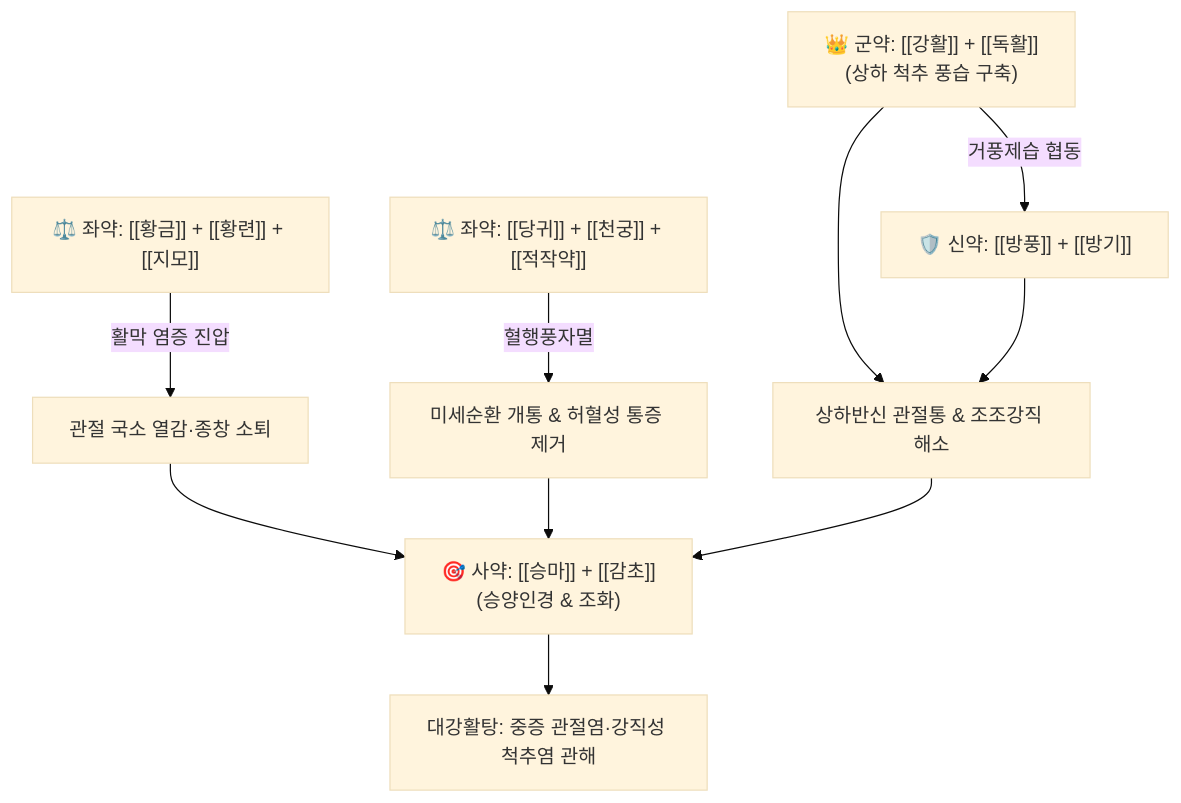
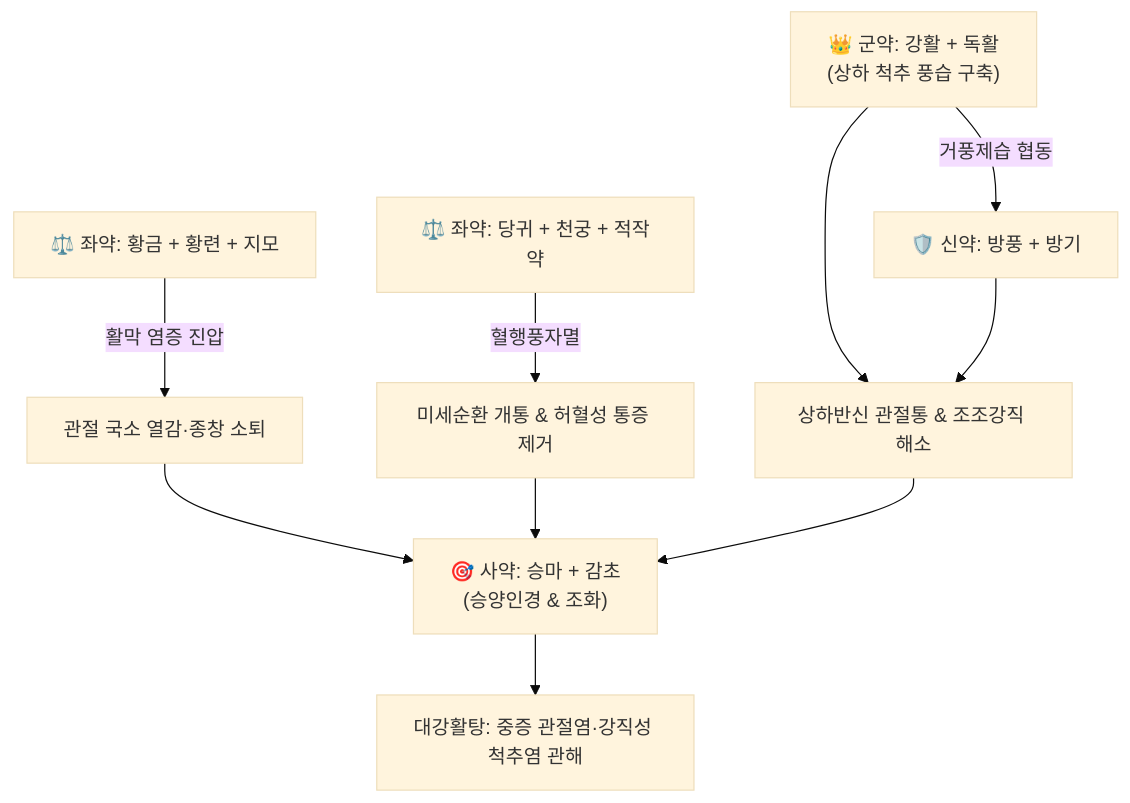
The diagram in content/2. 약리 공부/처방/03_화담·거습·이수제/대강활탕.md (simbio11/simbio-digital-garden2), drawn with Mermaid (base theme) before and after one commit. The commit also changed other lines of this file and 323 other files, not shown here.

````diff
--- a/content/2. 약리 공부/처방/03_화담·거습·이수제/대강활탕.md
+++ b/content/2. 약리 공부/처방/03_화담·거습·이수제/대강활탕.md
@@ -59,9 +61,9 @@
 ```mermaid
 graph TD
-    KH["👑 군약: [[강활]] + [[독활]]<br>(상하 척추 풍습 구축)"] -->|거풍제습 협동| BP["🛡️ 신약: [[방풍]] + [[방기]]"]
-    HL["⚖️ 좌약: [[황금]] + [[황련]] + [[지모]]"] -->|활막 염증 진압| X["관절 국소 열감·종창 소퇴"]
-    DG["⚖️ 좌약: [[당귀]] + [[천궁]] + [[적작약]]"] -->|혈행풍자멸| Y["미세순환 개통 & 허혈성 통증 제거"]
+    KH["👑 군약: 강활 + 독활<br>(상하 척추 풍습 구축)"] -->|거풍제습 협동| BP["🛡️ 신약: 방풍 + 방기"]
+    HL["⚖️ 좌약: 황금 + 황련 + 지모"] -->|활막 염증 진압| X["관절 국소 열감·종창 소퇴"]
+    DG["⚖️ 좌약: 당귀 + 천궁 + 적작약"] -->|혈행풍자멸| Y["미세순환 개통 & 허혈성 통증 제거"]
     KH & BP --> Z["상하반신 관절통 & 조조강직 해소"]
-    X & Y & Z --> SM["🎯 사약: [[승마]] + [[감초]]<br>(승양인경 & 조화)"]
+    X & Y & Z --> SM["🎯 사약: 승마 + 감초<br>(승양인경 & 조화)"]
     SM --> Final["대강활탕: 중증 관절염·강직성 척추염 관해"]
 ```
````
